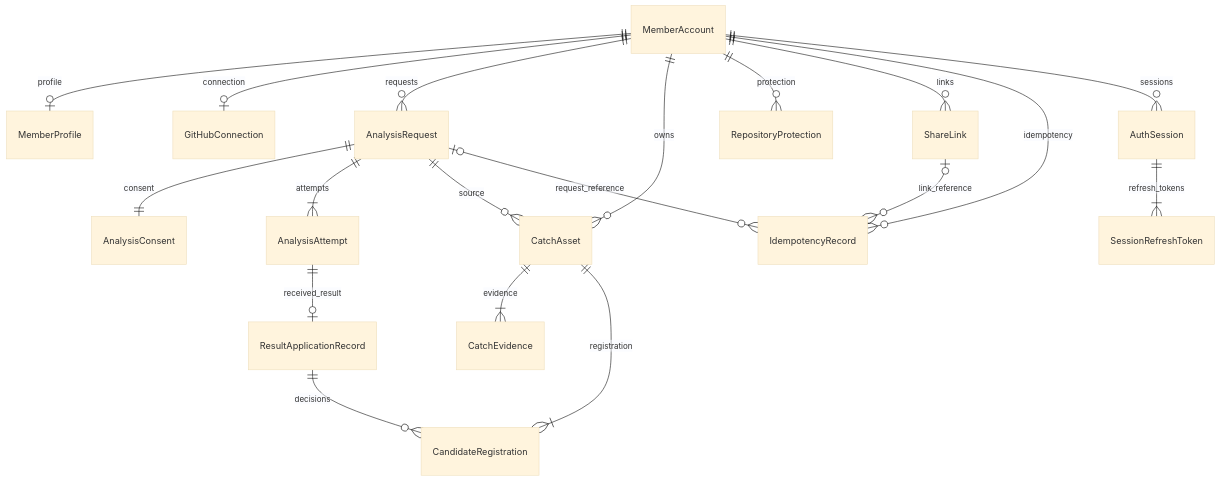
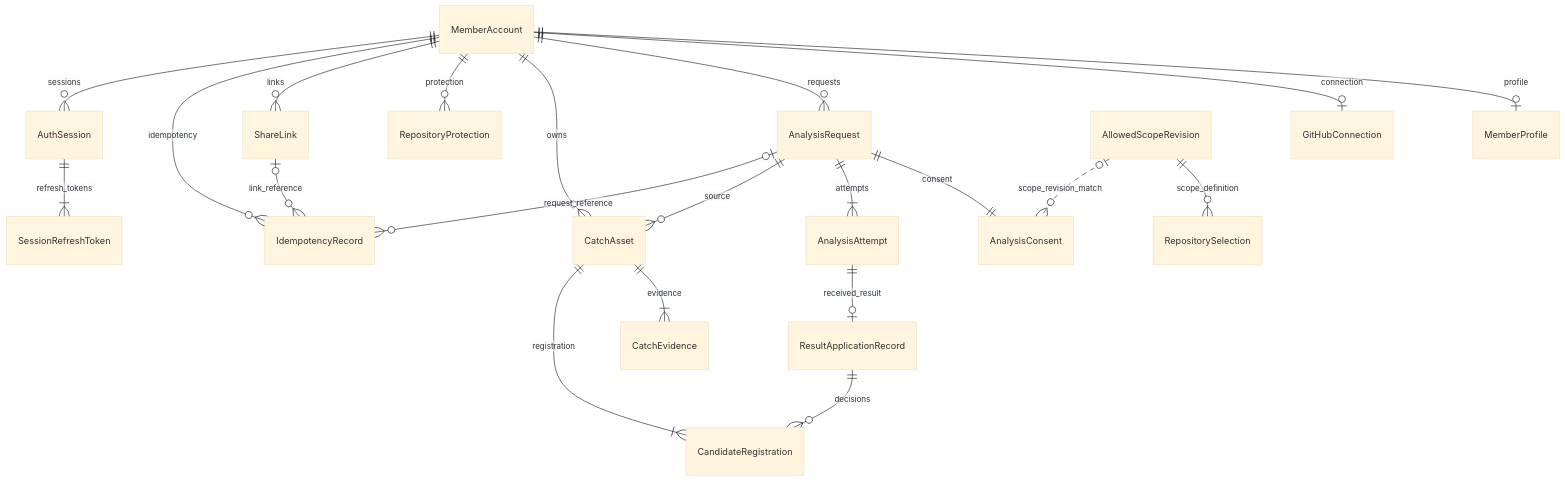
The diagram in aidlc/spaces/default/intents/260914-catchu-october-mvp/construction/u2-api/functional-design/functional-spec.md (JminAILab/CatchU), drawn with Mermaid (base theme) before and after one commit. The commit also changed other lines of this file and 1 other file, not shown here.

Commit message:
docs: #252의 선정 저장소·범위 판본 표를 ERD와 파생 관계도에 반영한다 (#252)
PR #346이 ERD v1 밖의 두 표를 만들었고, 병합 뒤 팀장이 두 표와 관계·불변 조건만 ERD에 넣기로 약속했다.

````diff
--- a/aidlc/spaces/default/intents/260914-catchu-october-mvp/construction/u2-api/functional-design/functional-spec.md
+++ b/aidlc/spaces/default/intents/260914-catchu-october-mvp/construction/u2-api/functional-design/functional-spec.md
@@ -9,21 +9,23 @@
 ```mermaid
 erDiagram
   MemberAccount ||--o| MemberProfile : profile
   MemberAccount ||--o| GitHubConnection : connection
   MemberAccount ||--o{ AnalysisRequest : requests
   AnalysisRequest ||--|| AnalysisConsent : consent
   AnalysisRequest ||--|{ AnalysisAttempt : attempts
   MemberAccount ||--o{ CatchAsset : owns
   AnalysisRequest ||--o{ CatchAsset : source
   CatchAsset ||--|{ CatchEvidence : evidence
   MemberAccount ||--o{ RepositoryProtection : protection
   MemberAccount ||--o{ ShareLink : links
   MemberAccount ||--o{ IdempotencyRecord : idempotency
   AnalysisRequest |o--o{ IdempotencyRecord : request_reference
   ShareLink |o--o{ IdempotencyRecord : link_reference
   AnalysisAttempt ||--o| ResultApplicationRecord : received_result
   ResultApplicationRecord ||--o{ CandidateRegistration : decisions
   CatchAsset ||--|{ CandidateRegistration : registration
   MemberAccount ||--o{ AuthSession : sessions
   AuthSession ||--|{ SessionRefreshToken : refresh_tokens
+  AllowedScopeRevision ||--o{ RepositorySelection : scope_definition
+  AllowedScopeRevision |o..o{ AnalysisConsent : scope_revision_match
 ```
````
